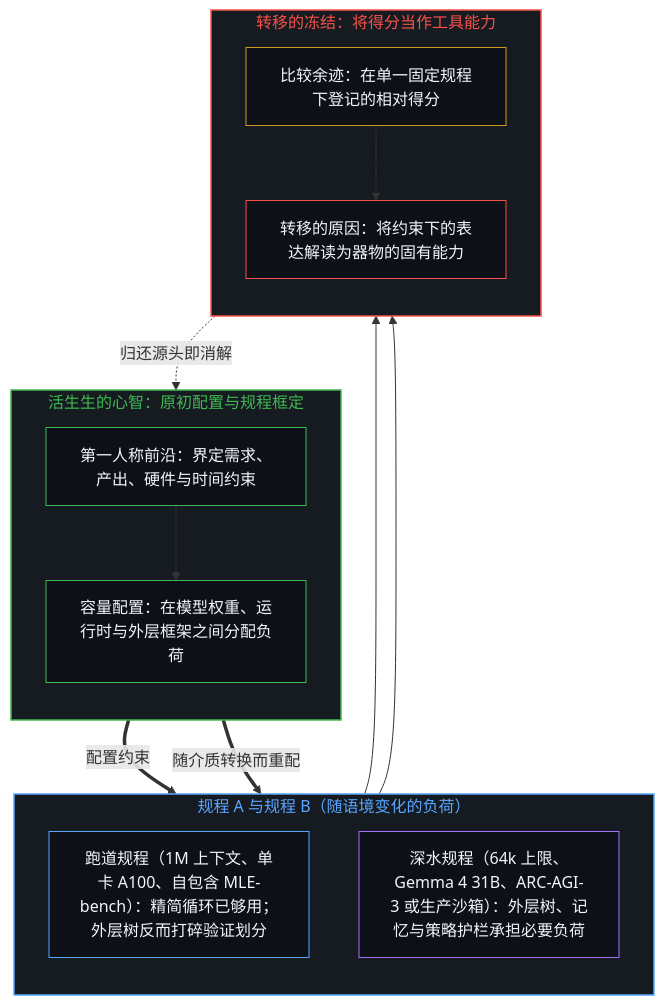
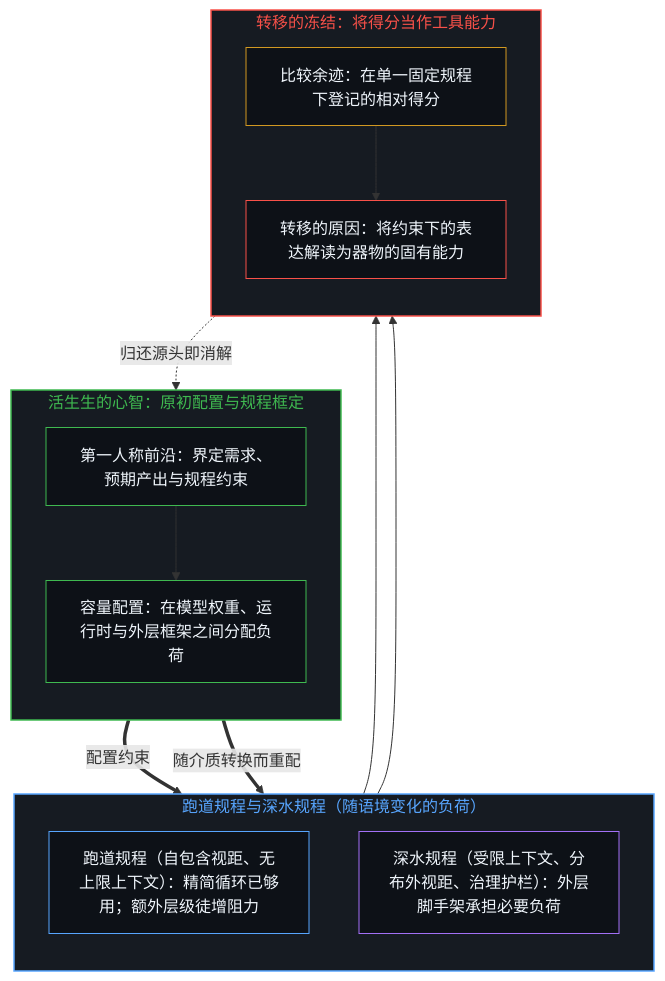
The first of 4 diagrams in content/posts/the-comparison-that-relocates-the-cause.md (powerpig99/not-a-toe), drawn with Mermaid before and after one commit. The commit also changed other lines of this file and 4 other files, not shown here.

````diff
--- a/content/posts/the-comparison-that-relocates-the-cause.md
+++ b/content/posts/the-comparison-that-relocates-the-cause.md
@@ -23,34 +23,34 @@
 ```mermaid
 flowchart TD
     subgraph S_Mind["活生生的心智：原初配置与规程框定"]
         direction TB
-        M_Sense["第一人称前沿：界定需求、产出、硬件与时间约束"]
+        M_Sense["第一人称前沿：界定需求、预期产出与规程约束"]
         M_Alloc["容量配置：在模型权重、运行时与外层框架之间分配负荷"]
         M_Sense --> M_Alloc
     end
-    subgraph S_Proto["规程 A 与规程 B（随语境变化的负荷）"]
+    subgraph S_Proto["跑道规程与深水规程（随语境变化的负荷）"]
         direction TB
-        P_Track["跑道规程（1M 上下文、单卡 A100、自包含 MLE-bench）：精简循环已够用；外层树反而打碎验证划分"]
-        P_Ocean["深水规程（64k 上限、Gemma 4 31B、ARC-AGI-3 或生产沙箱）：外层树、记忆与策略护栏承担必要负荷"]
+        P_Track["跑道规程（自包含视距、无上限上下文）：精简循环已够用；额外层级徒增阻力"]
+        P_Ocean["深水规程（受限上下文、分布外视距、治理护栏）：外层脚手架承担必要负荷"]
     end
     subgraph S_Reloc["转移的冻结：将得分当作工具能力"]
         direction TB
         R_Score["比较余迹：在单一固定规程下登记的相对得分"]
         R_Invert["转移的原因：将约束下的表达解读为器物的固有能力"]
         R_Score --> R_Invert
     end
     M_Alloc ==>|"配置约束"| P_Track
     M_Alloc ==>|"随介质转换而重配"| P_Ocean
     P_Track --> R_Score
     P_Ocean --> R_Score
     R_Invert -.->|"归还源头即消解"| M_Sense
     style S_Mind fill:#161b22,stroke:#3fb950,stroke-width:1.5px,color:#3fb950
     style S_Proto fill:#161b22,stroke:#58a6ff,stroke-width:1.5px,color:#58a6ff
     style S_Reloc fill:#161b22,stroke:#f85149,stroke-width:1.5px,color:#f85149
     style M_Sense fill:#0d1117,stroke:#3fb950,stroke-width:1px,color:#f0f6fc
     style M_Alloc fill:#0d1117,stroke:#3fb950,stroke-width:1px,color:#f0f6fc
     style P_Track fill:#0d1117,stroke:#58a6ff,stroke-width:1px,color:#f0f6fc
     style P_Ocean fill:#0d1117,stroke:#a371f7,stroke-width:1px,color:#f0f6fc
     style R_Score fill:#0d1117,stroke:#d29922,stroke-width:1px,color:#f0f6fc
     style R_Invert fill:#0d1117,stroke:#f85149,stroke-width:1px,color:#f0f6fc
 ```
````
